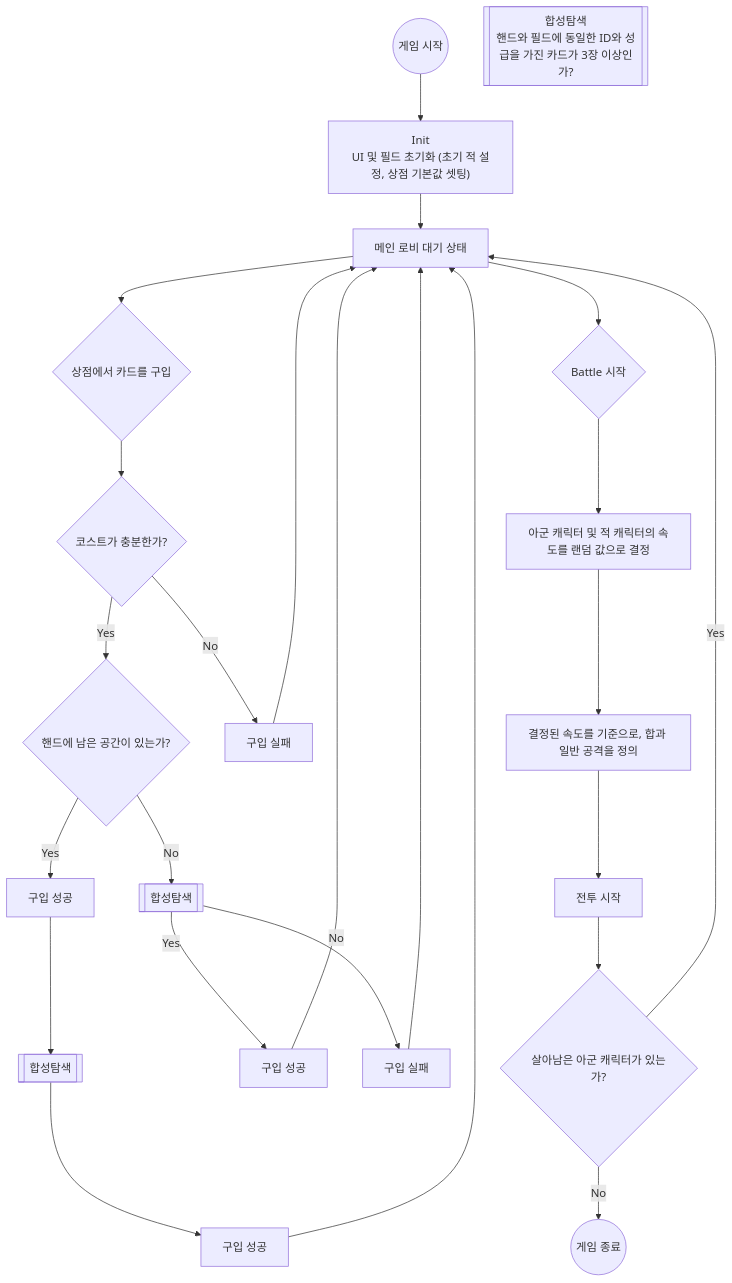
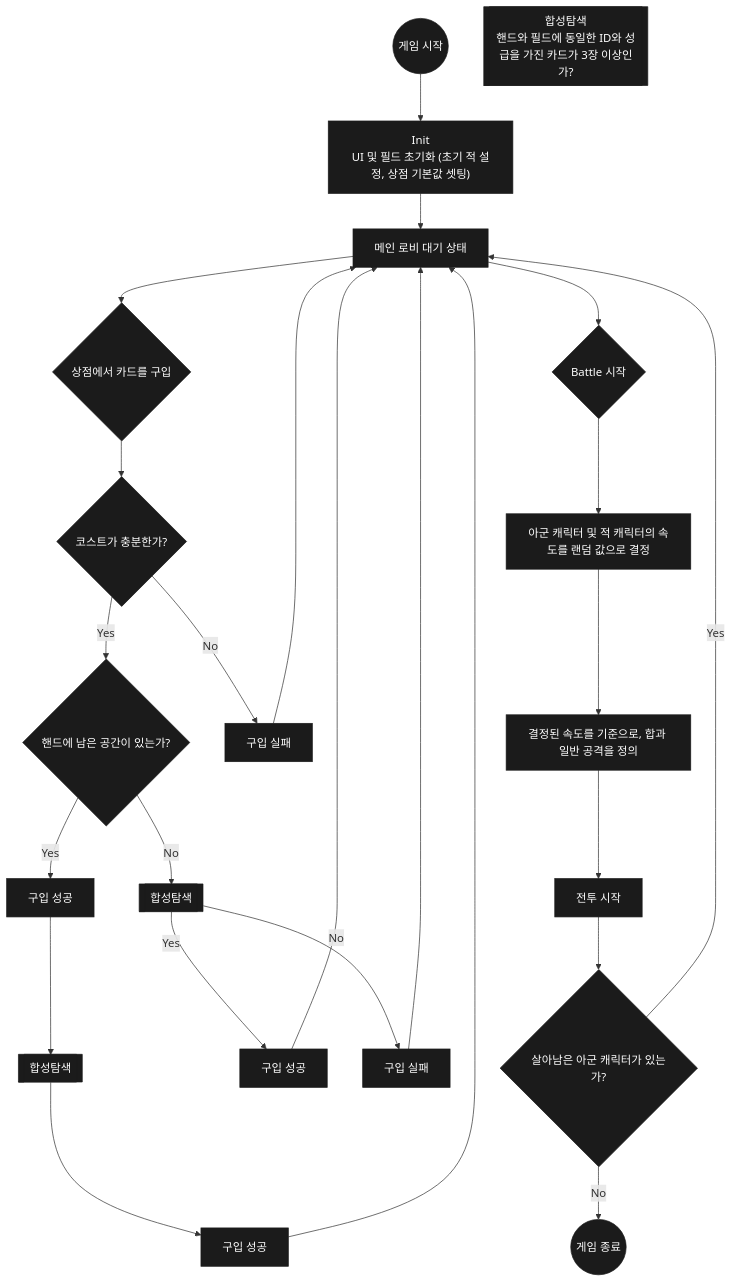
Before and after one commit to applejin0105/Portfolio_Unity_Public: the diagram in Scripts/Scenes/Battle/README.md, drawn with Mermaid.

````diff
--- a/Scripts/Scenes/Battle/README.md
+++ b/Scripts/Scenes/Battle/README.md
@@ -46,38 +46,41 @@
 ```mermaid
 flowchart TD
     Start((게임 시작)) --> Init["Init<br/>UI 및 필드 초기화 (초기 적 설정, 상점 기본값 셋팅)"]
     Init --> Lobby["메인 로비 대기 상태"]
 
     %% 합성탐색 정의 (범례)
     MergeDef[["합성탐색<br/>핸드와 필드에 동일한 ID와 성급을 가진 카드가 3장 이상인가?"]]
 
     %% ── 좌측: 상점 구매 흐름 ──
     Lobby --> Shop{상점에서 카드를 구입}
     Shop --> Cost{코스트가 충분한가?}
     Cost -- Yes --> HandSpace{핸드에 남은 공간이 있는가?}
     Cost -- No --> BuyFail1["구입 실패"]
 
     HandSpace -- Yes --> BuyOk1["구입 성공"]
     HandSpace -- No --> Merge1[["합성탐색"]]
 
     BuyOk1 --> Merge2[["합성탐색"]]
     Merge2 --> BuyOk2["구입 성공"]
 
     Merge1 -- Yes --> BuyOk3["구입 성공"]
     Merge1 -- No --> BuyFail2["구입 실패"]
 
     %% ── 우측: 전투 흐름 ──
     Lobby --> Battle{Battle 시작}
     Battle --> Speed["아군 캐릭터 및 적 캐릭터의 속도를 랜덤 값으로 결정"]
     Speed --> Define["결정된 속도를 기준으로, 합과 일반 공격을 정의"]
     Define --> CombatStart["전투 시작"]
     CombatStart --> Survive{살아남은 아군 캐릭터가 있는가?}
     Survive -- Yes --> Lobby
     Survive -- No --> End((게임 종료))
 
     %% ── 메인 로비로 복귀 ──
     BuyFail1 --> Lobby
     BuyOk2 --> Lobby
     BuyOk3 --> Lobby
     BuyFail2 --> Lobby
+
+    classDef dark fill:#1b1b1b,stroke:#1b1b1b,color:#fff;
+    class Start,Init,Lobby,Shop,Cost,HandSpace,BuyFail1,BuyOk1,Merge1,Merge2,BuyOk2,BuyOk3,BuyFail2,Battle,Speed,Define,CombatStart,Survive,End,MergeDef dark;
 ```
````
